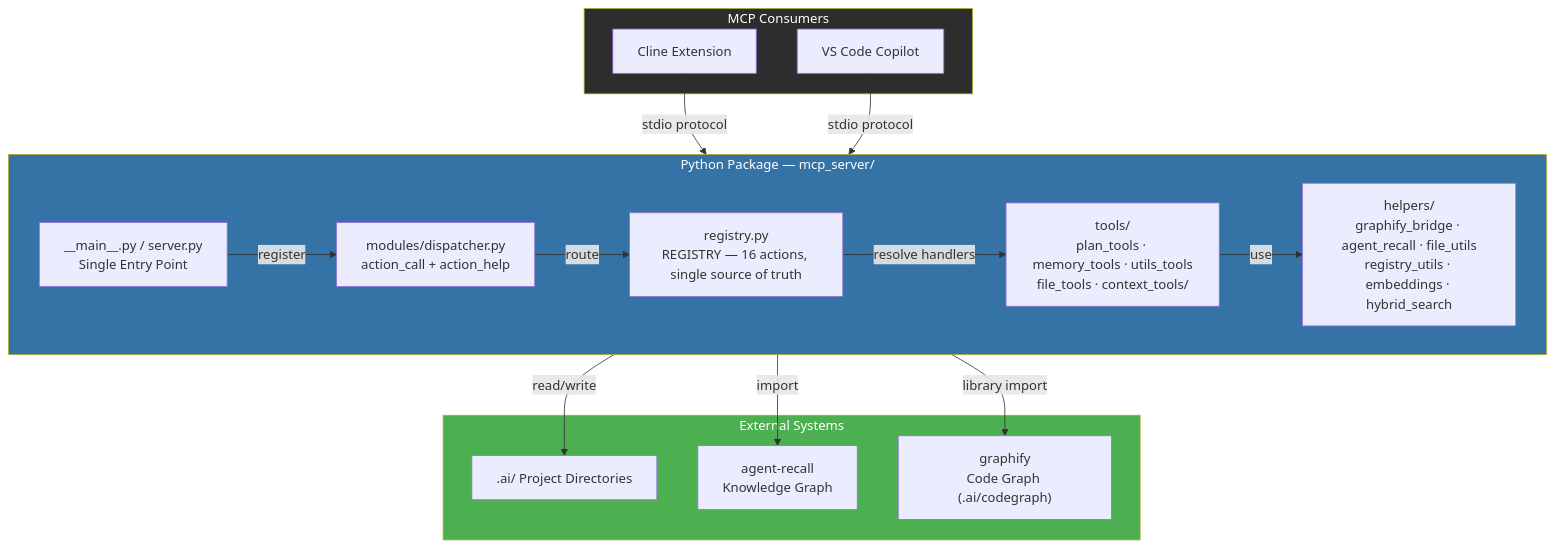
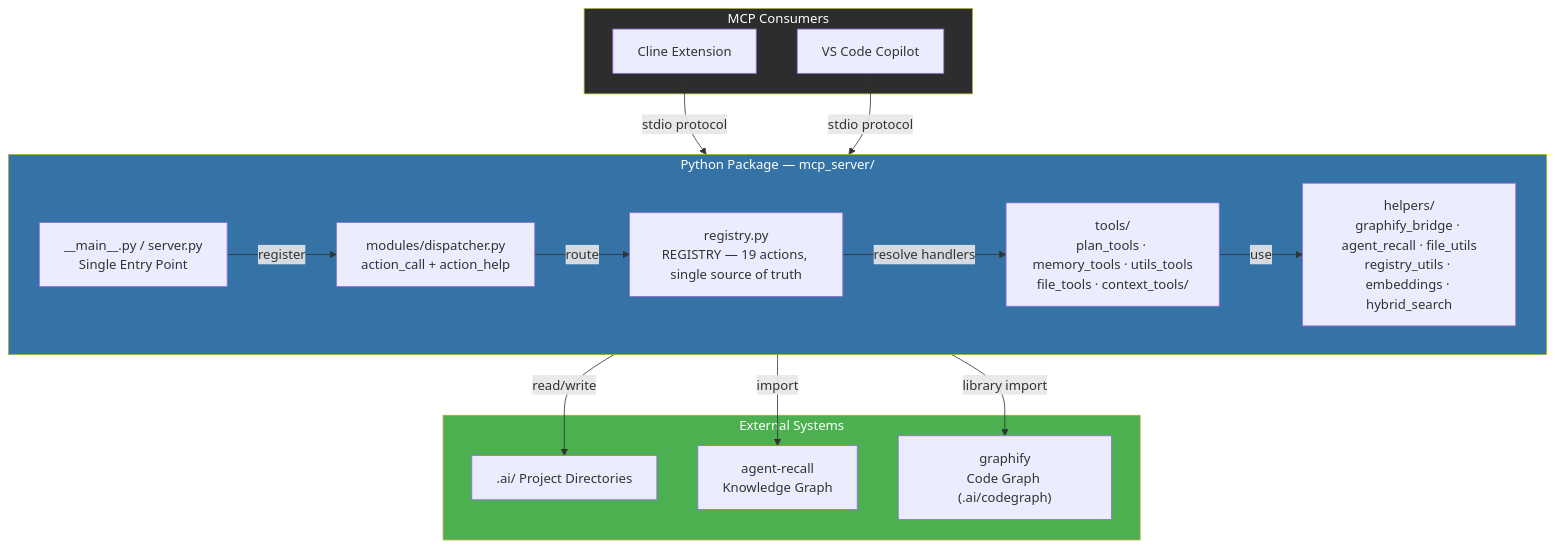
Before and after one commit to awsomplak/awlab-ai-assistant: the first of 2 diagrams in src/mcp_server/README.md, drawn with Mermaid. The commit also changed other lines of this file and 9 other files, not shown here.

First line of the commit message:
[upd] Docs: changelog, readmes, available tools, registry schema, rules, skills

````diff
--- a/src/mcp_server/README.md
+++ b/src/mcp_server/README.md
@@ -15,35 +15,35 @@
 ```mermaid
 graph TB
   subgraph SERVER["Python Package — mcp_server/"]
     direction LR
     MAIN["__main__.py / server.py<br/>Single Entry Point"]
     DISP["modules/dispatcher.py<br/>action_call + action_help"]
-    REG["registry.py<br/>REGISTRY — 16 actions, single source of truth"]
+    REG["registry.py<br/>REGISTRY — 19 actions, single source of truth"]
     TOOLS["tools/<br/>plan_tools · memory_tools · utils_tools<br/>file_tools · context_tools/"]
     HELPERS["helpers/<br/>graphify_bridge · agent_recall · file_utils<br/>registry_utils · embeddings · hybrid_search"]
   end
 
   subgraph CLIENTS["MCP Consumers"]
     CL["Cline Extension"]
     CP["VS Code Copilot"]
   end
 
   subgraph EXTERNAL["External Systems"]
     FS[".ai/ Project Directories"]
     AG["agent-recall<br/>Knowledge Graph"]
     CG["graphify<br/>Code Graph (.ai/codegraph)"]
   end
 
   CL & CP -->|"stdio protocol"| MAIN
   MAIN -->|"register"| DISP
   DISP -->|"route"| REG
   REG -->|"resolve handlers"| TOOLS
   TOOLS -->|"use"| HELPERS
   HELPERS -->|"read/write"| FS
   HELPERS -->|"import"| AG
   HELPERS -->|"library import"| CG
 
   style SERVER fill:#3572A5,color:#fff
   style CLIENTS fill:#2d2d2d,color:#fff
   style EXTERNAL fill:#4caf50,color:#fff
 ```
````
